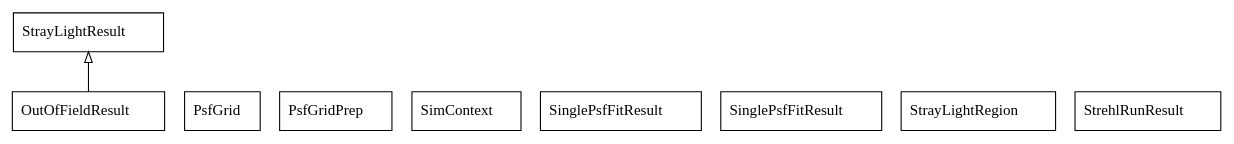
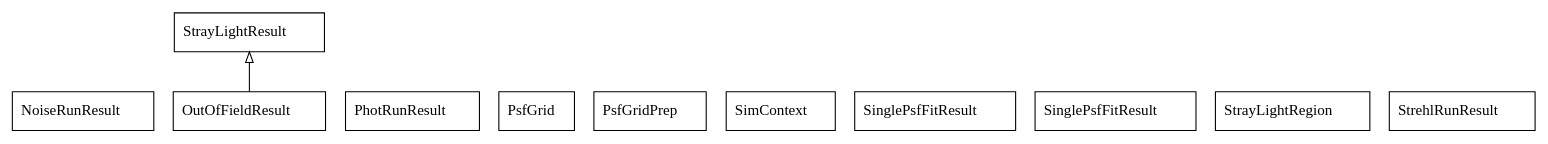
The diagram in docs/uml/classes.dot (mwanakijiji/metis_work), drawn with Graphviz before and after one commit. The commit also changed 4 other files, not shown here.

Commit message:
diagram tests

```diff
--- a/docs/uml/classes.dot
+++ b/docs/uml/classes.dot
@@ -1,14 +1,16 @@
 digraph "classes_METIS_MAIT" {
 rankdir=BT
 charset="utf-8"
+"modules.backbone_img_rad_09_nom.NoiseRunResult" [color="black", fontcolor="black", label=<NoiseRunResult>, shape="record", style="solid"];
 "modules.backbone_img_opt_06_out_of_field.OutOfFieldResult" [color="black", fontcolor="black", label=<OutOfFieldResult>, shape="record", style="solid"];
+"modules.backbone_img_rad_07_phot.PhotRunResult" [color="black", fontcolor="black", label=<PhotRunResult>, shape="record", style="solid"];
 "modules.backbone_img_03_psf_quality.PsfGrid" [color="black", fontcolor="black", label=<PsfGrid>, shape="record", style="solid"];
 "modules.psf_grid_prep.PsfGridPrep" [color="black", fontcolor="black", label=<PsfGridPrep>, shape="record", style="solid"];
 "modules.sim_common.SimContext" [color="black", fontcolor="black", label=<SimContext>, shape="record", style="solid"];
 "modules.backbone_img_03_psf_quality.SinglePsfFitResult" [color="black", fontcolor="black", label=<SinglePsfFitResult>, shape="record", style="solid"];
 "modules.backbone_img_opt_02_distortion.SinglePsfFitResult" [color="black", fontcolor="black", label=<SinglePsfFitResult>, shape="record", style="solid"];
 "modules.stray_light_common.StrayLightRegion" [color="black", fontcolor="black", label=<StrayLightRegion>, shape="record", style="solid"];
 "modules.stray_light_common.StrayLightResult" [color="black", fontcolor="black", label=<StrayLightResult>, shape="record", style="solid"];
 "modules.backbone_img_03_psf_quality.StrehlRunResult" [color="black", fontcolor="black", label=<StrehlRunResult>, shape="record", style="solid"];
 "modules.backbone_img_opt_06_out_of_field.OutOfFieldResult" -> "modules.stray_light_common.StrayLightResult" [arrowhead="empty", arrowtail="none"];
 }
```
